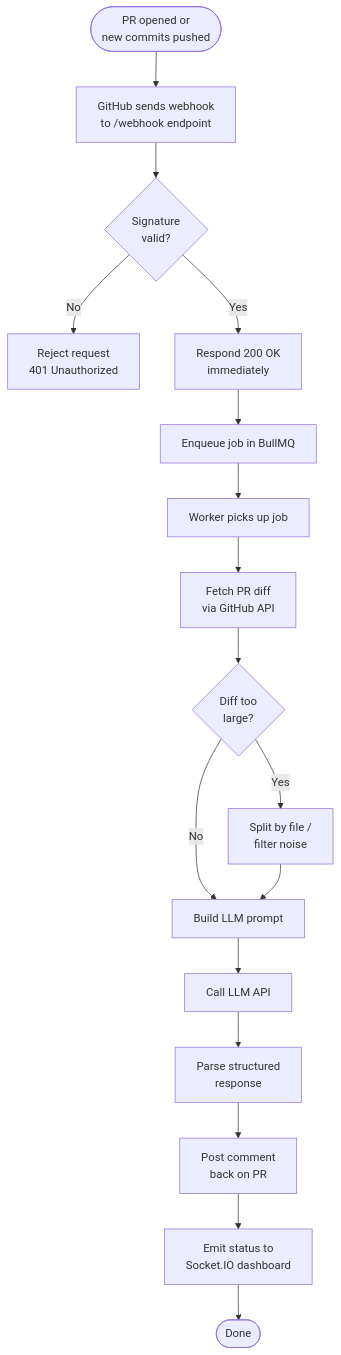
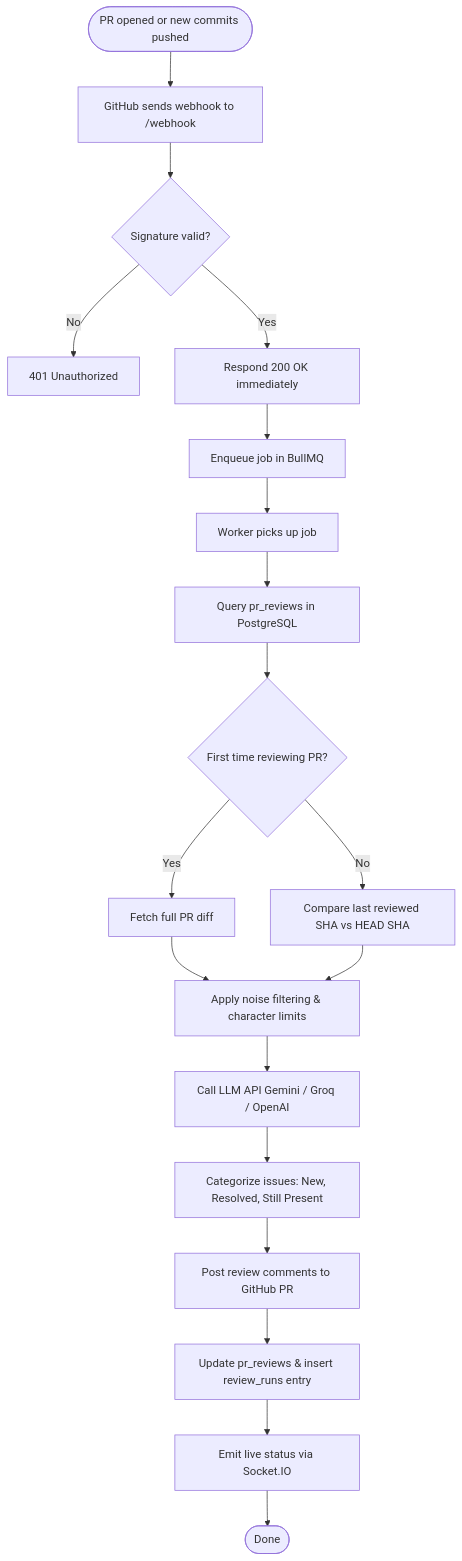
One commit to mohit-bhandari45/Cody changed the second of 2 diagrams in README.md. Above: the diagram before and after it, drawn with Mermaid. The commit also changed other lines of this file, not shown here.

Commit message:
docs: update README with V2 features, Vercel dashboard, GitHub App install link, and architecture

````diff
--- a/README.md
+++ b/README.md
@@ -50,19 +65,21 @@
 ```mermaid
 flowchart TD
-    Start([PR opened or\nnew commits pushed]) --> WH[GitHub sends webhook\nto /webhook endpoint]
-    WH --> Verify{Signature\nvalid?}
-    Verify -- No --> Reject[Reject request\n401 Unauthorized]
-    Verify -- Yes --> Ack[Respond 200 OK\nimmediately]
+    Start([PR opened or new commits pushed]) --> WH[GitHub sends webhook to /webhook]
+    WH --> Verify{Signature valid?}
+    Verify -- No --> Reject[401 Unauthorized]
+    Verify -- Yes --> Ack[Respond 200 OK immediately]
     Ack --> Enqueue[Enqueue job in BullMQ]
     Enqueue --> Pickup[Worker picks up job]
-    Pickup --> Fetch[Fetch PR diff\nvia GitHub API]
-    Fetch --> Size{Diff too\nlarge?}
-    Size -- Yes --> Chunk[Split by file /\nfilter noise]
-    Size -- No --> Prompt[Build LLM prompt]
-    Chunk --> Prompt
-    Prompt --> LLM[Call LLM API]
-    LLM --> Parse[Parse structured\nresponse]
-    Parse --> Comment[Post comment\nback on PR]
-    Comment --> Emit[Emit status to\nSocket.IO dashboard]
+    Pickup --> DB[Query pr_reviews in PostgreSQL]
+    DB --> Check{First time reviewing PR?}
+    Check -- Yes --> FullDiff[Fetch full PR diff]
+    Check -- No --> IncrementalDiff[Compare last reviewed SHA vs HEAD SHA]
+    FullDiff --> Filter[Apply noise filtering & character limits]
+    IncrementalDiff --> Filter
+    Filter --> LLM[Call LLM API Gemini / Groq / OpenAI]
+    LLM --> IssueCheck[Categorize issues: New, Resolved, Still Present]
+    IssueCheck --> Comment[Post review comments to GitHub PR]
+    Comment --> UpdateDB[Update pr_reviews & insert review_runs entry]
+    UpdateDB --> Emit[Emit live status via Socket.IO]
     Emit --> Done([Done])
 ```
````
